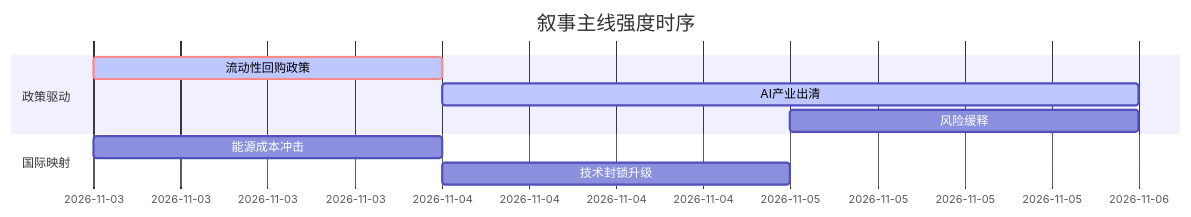
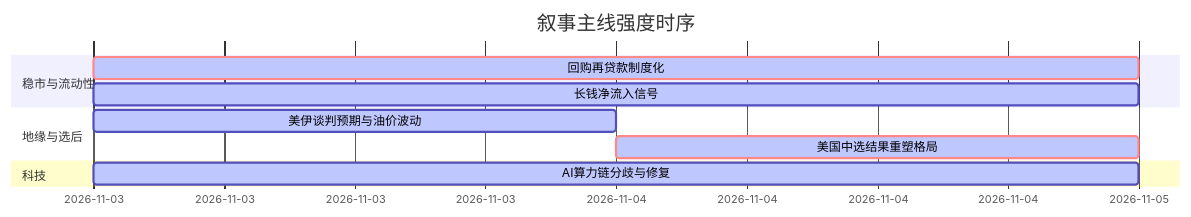
The diagram in 5day_report.md (uu5zn/uu5zn.github.io), drawn with Mermaid before and after one commit. The commit also changed other lines of this file and 23 other files, not shown here.

````diff
--- a/5day_report.md
+++ b/5day_report.md
@@ -63,13 +55,15 @@
 ```mermaid
 gantt
     title 叙事主线强度时序
     dateFormat  YYYY-MM-DD
-    section 政策驱动
-    流动性回购政策   :crit, active, 2026-11-03, 1d
-    AI产业出清   :active, 2026-11-04, 2d
-    风险缓释   :2026-11-05, 1d
+    section 稳市与流动性
+    回购再贷款制度化  :crit, active, 2026-11-03, 2d
+    长钱净流入信号   :active, 2026-11-03, 2d
     
-    section 国际映射
-    能源成本冲击   :2026-11-03, 1d
-    技术封锁升级   :2026-11-04, 1d
+    section 地缘与选后
+    美伊谈判预期与油价波动  :active, 2026-11-03, 1d
+    美国中选结果重塑格局   :crit, active, 2026-11-04, 1d
+    
+    section 科技
+    AI算力链分歧与修复   :active, 2026-11-03, 2d
 ```
````
